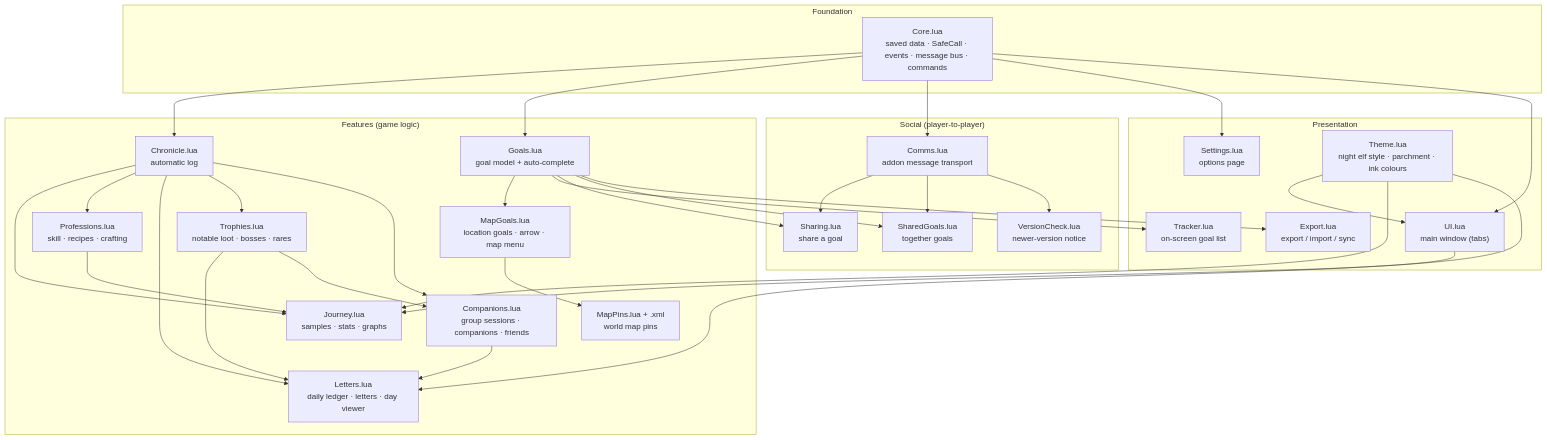
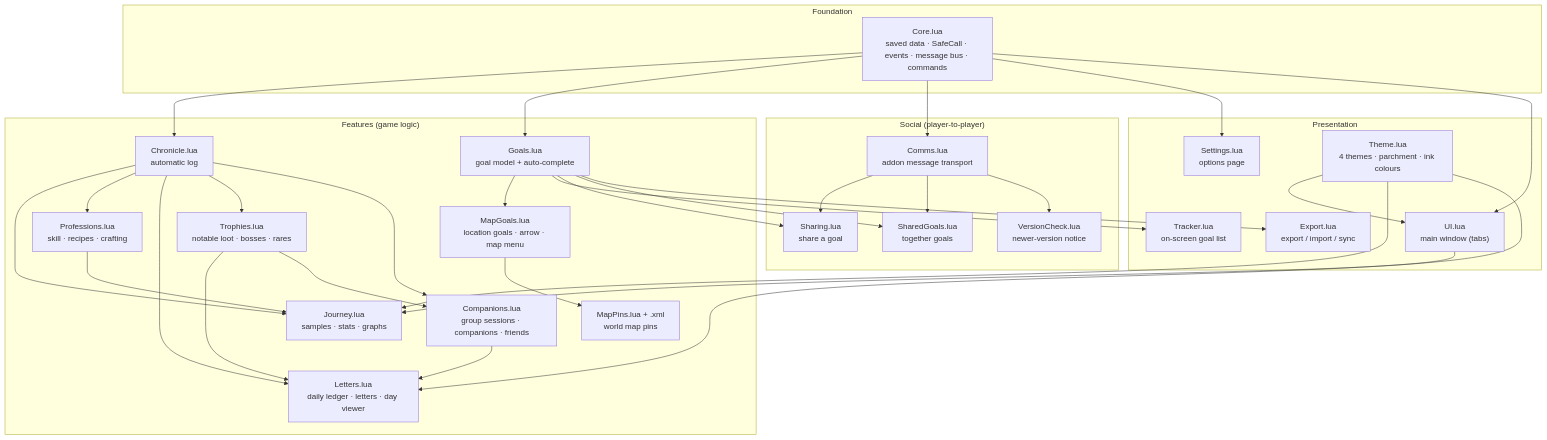
The second of 12 diagrams in docs/Topology.md (SaffronG/ForeverChronicler), drawn with Mermaid before and after one commit. The commit also changed other lines of this file and 12 other files, not shown here.

First line of the commit message:
Release 0.9.5: add Night Elf, Alliance, Horde and Blood Elf window themes

````diff
--- a/docs/Topology.md
+++ b/docs/Topology.md
@@ -72,49 +72,49 @@
 ```mermaid
 flowchart TB
     subgraph Foundation
         Core["Core.lua<br/>saved data · SafeCall · events · message bus · commands"]
     end
     subgraph Features["Features (game logic)"]
         Chronicle["Chronicle.lua<br/>automatic log"]
         Goals["Goals.lua<br/>goal model + auto-complete"]
         MapGoals["MapGoals.lua<br/>location goals · arrow · map menu"]
         MapPins["MapPins.lua + .xml<br/>world map pins"]
         Journey["Journey.lua<br/>samples · stats · graphs"]
         Professions["Professions.lua<br/>skill · recipes · crafting"]
         Letters["Letters.lua<br/>daily ledger · letters · day viewer"]
         Trophies["Trophies.lua<br/>notable loot · bosses · rares"]
         Companions["Companions.lua<br/>group sessions · companions · friends"]
     end
     subgraph Social["Social (player-to-player)"]
         Comms["Comms.lua<br/>addon message transport"]
         Sharing["Sharing.lua<br/>share a goal"]
         Shared["SharedGoals.lua<br/>together goals"]
         Version["VersionCheck.lua<br/>newer-version notice"]
     end
     subgraph Presentation["Presentation"]
         Tracker["Tracker.lua<br/>on-screen goal list"]
         UI["UI.lua<br/>main window (tabs)"]
         Settings["Settings.lua<br/>options page"]
-        Theme["Theme.lua<br/>night elf style · parchment · ink colours"]
+        Theme["Theme.lua<br/>4 themes · parchment · ink colours"]
         Export["Export.lua<br/>export / import / sync"]
     end
 
     Core --> Chronicle & Goals & Comms & Settings & UI
     Theme --> UI & Journey
     Goals --> MapGoals --> MapPins
     Goals --> Tracker
     Comms --> Sharing & Shared & Version
     Goals --> Sharing & Shared
     Chronicle --> Journey
     UI --> Journey
     Chronicle --> Professions
     Professions --> Journey
     Chronicle --> Letters
     Theme --> Letters
     Chronicle --> Trophies
     Trophies --> Letters
     Chronicle --> Companions
     Trophies --> Companions
     Companions --> Letters
     Goals --> Export
 ```
````
